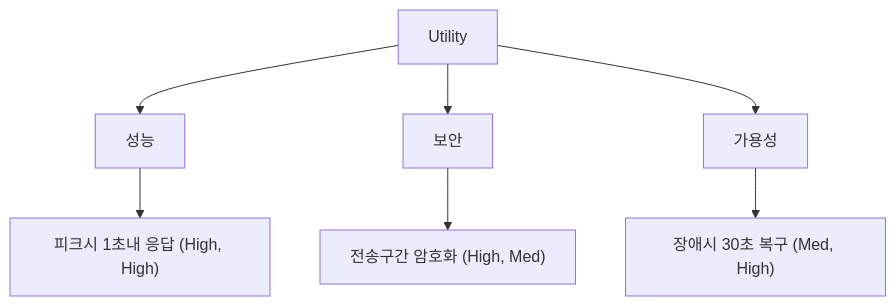
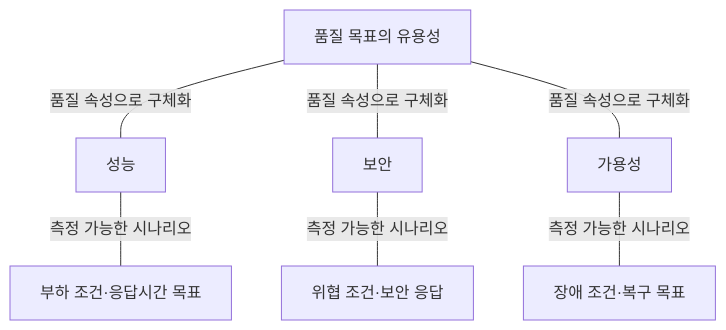
The first of 2 diagrams in src/content/docs/notes/itpe/02-software-engineering/014_atam.md (agnusdei1207/study), drawn with Mermaid before and after one commit. The commit also changed other lines of this file and 31 other files, not shown here.

````diff
--- a/src/content/docs/notes/itpe/02-software-engineering/014_atam.md
+++ b/src/content/docs/notes/itpe/02-software-engineering/014_atam.md
@@ -53,6 +55,9 @@
 ```mermaid
 flowchart TB
-    U["Utility"] --> P["성능"] --> S1["피크시 1초내 응답 (High, High)"]
-    U --> SEC["보안"] --> S2["전송구간 암호화 (High, Med)"]
-    U --> AV["가용성"] --> S3["장애시 30초 복구 (Med, High)"]
+    U["품질 목표의 유용성"] ---|"품질 속성으로 구체화"| P["성능"]
+    P ---|"측정 가능한 시나리오"| S1["부하 조건·응답시간 목표"]
+    U ---|"품질 속성으로 구체화"| SEC["보안"]
+    SEC ---|"측정 가능한 시나리오"| S2["위협 조건·보안 응답"]
+    U ---|"품질 속성으로 구체화"| AV["가용성"]
+    AV ---|"측정 가능한 시나리오"| S3["장애 조건·복구 목표"]
 ```
````
